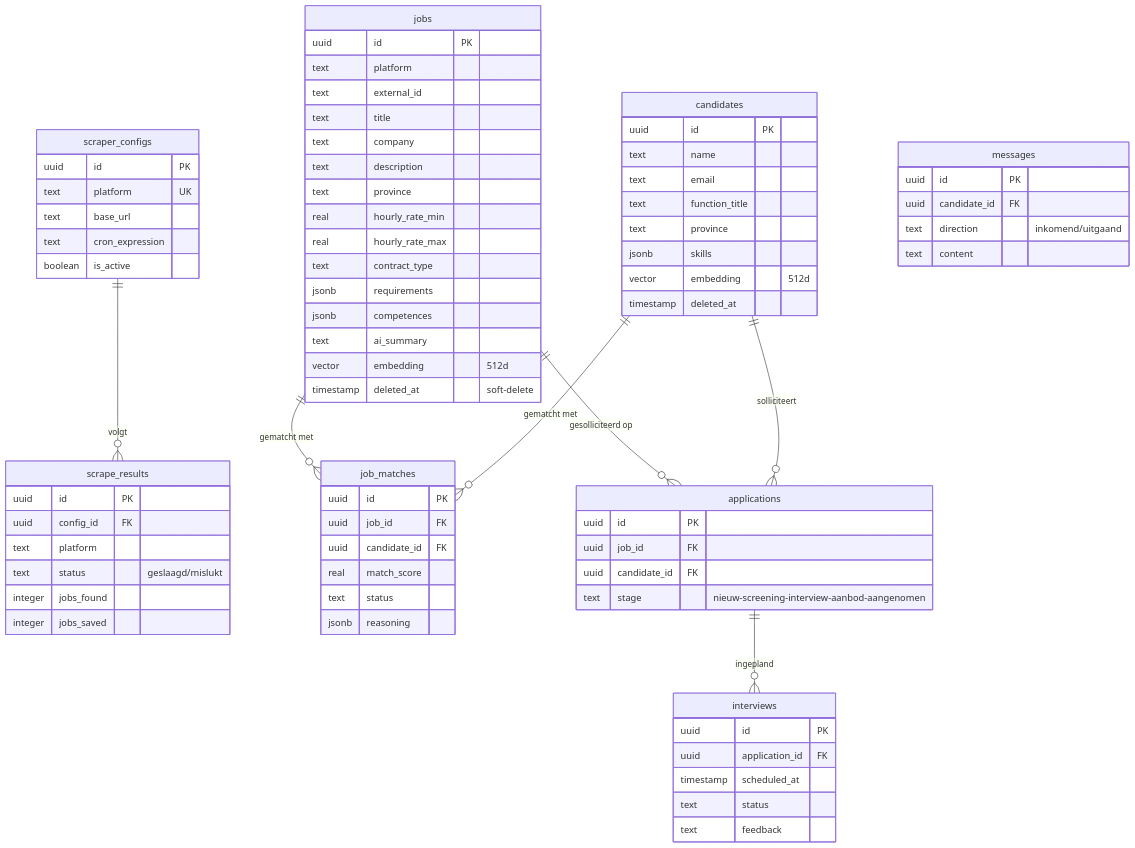
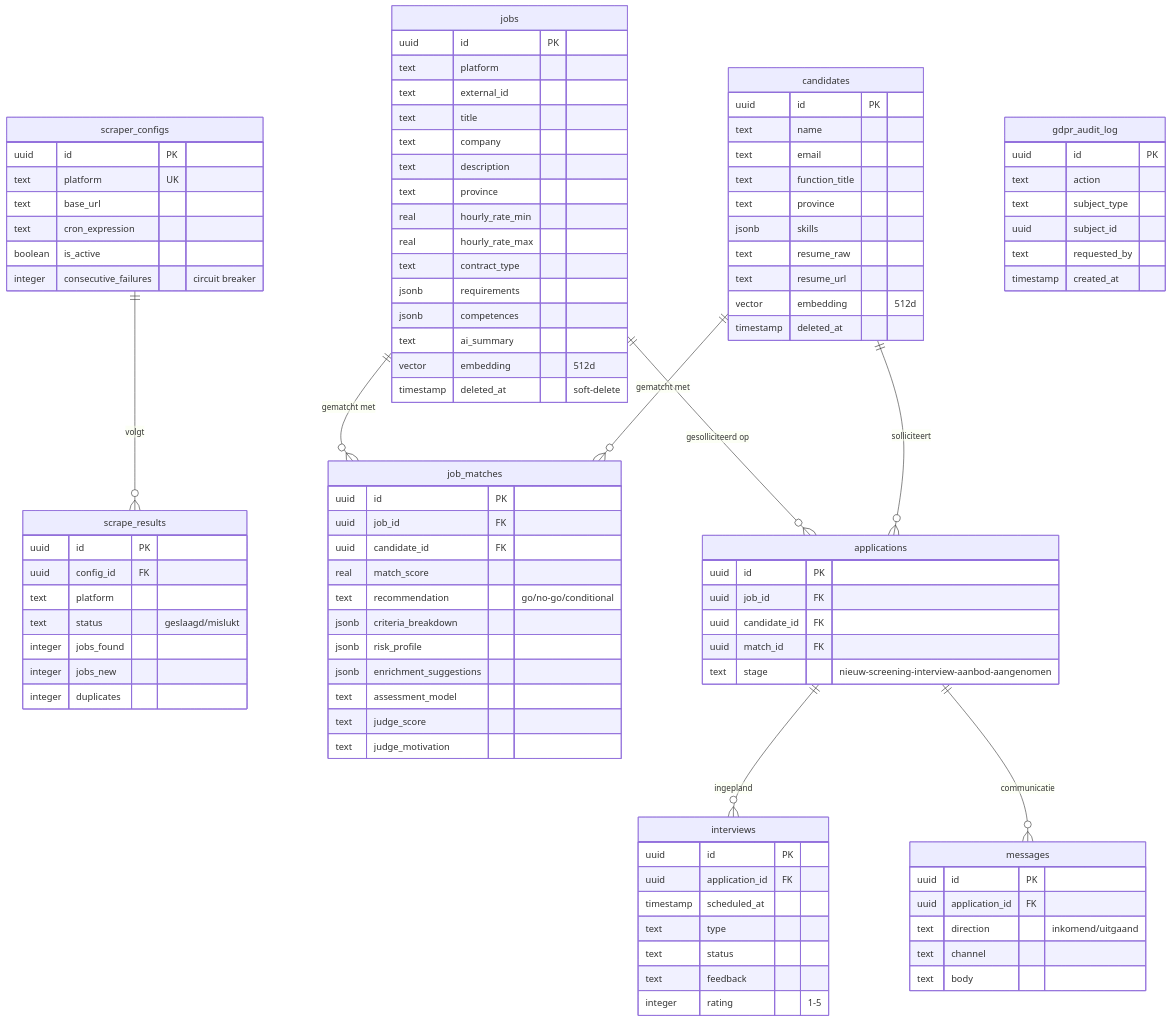
The fifth of 11 diagrams in README.md (RyanLisse/motian), drawn with Mermaid before and after one commit. The commit also changed other lines of this file and 1 other file, not shown here.

````diff
--- a/README.md
+++ b/README.md
@@ -194,6 +214,7 @@
     candidates ||--o{ job_matches : "gematcht met"
     candidates ||--o{ applications : "solliciteert"
     applications ||--o{ interviews : "ingepland"
+    applications ||--o{ messages : "communicatie"
 
     jobs {
         uuid id PK
@@ -220,6 +241,8 @@
         text function_title
         text province
         jsonb skills
+        text resume_raw
+        text resume_url
         vector embedding "512d"
         timestamp deleted_at
     }
@@ -229,14 +252,20 @@
         uuid job_id FK
         uuid candidate_id FK
         real match_score
-        text status
-        jsonb reasoning
+        text recommendation "go/no-go/conditional"
+        jsonb criteria_breakdown
+        jsonb risk_profile
+        jsonb enrichment_suggestions
+        text assessment_model
+        text judge_score
+        text judge_motivation
     }
 
     applications {
         uuid id PK
         uuid job_id FK
         uuid candidate_id FK
+        uuid match_id FK
         text stage "nieuw-screening-interview-aanbod-aangenomen"
     }
 
@@ -244,15 +273,18 @@
         uuid id PK
         uuid application_id FK
         timestamp scheduled_at
+        text type
         text status
         text feedback
+        integer rating "1-5"
     }
 
     messages {
         uuid id PK
-        uuid candidate_id FK
+        uuid application_id FK
         text direction "inkomend/uitgaand"
-        text content
+        text channel
+        text body
     }
 
     scraper_configs {
@@ -261,6 +293,7 @@
         text base_url
         text cron_expression
         boolean is_active
+        integer consecutive_failures "circuit breaker"
     }
 
     scrape_results {
@@ -269,6 +302,16 @@
         text platform
         text status "geslaagd/mislukt"
         integer jobs_found
-        integer jobs_saved
+        integer jobs_new
+        integer duplicates
+    }
+
+    gdpr_audit_log {
+        uuid id PK
+        text action
+        text subject_type
+        uuid subject_id
+        text requested_by
+        timestamp created_at
     }
 ```
````
